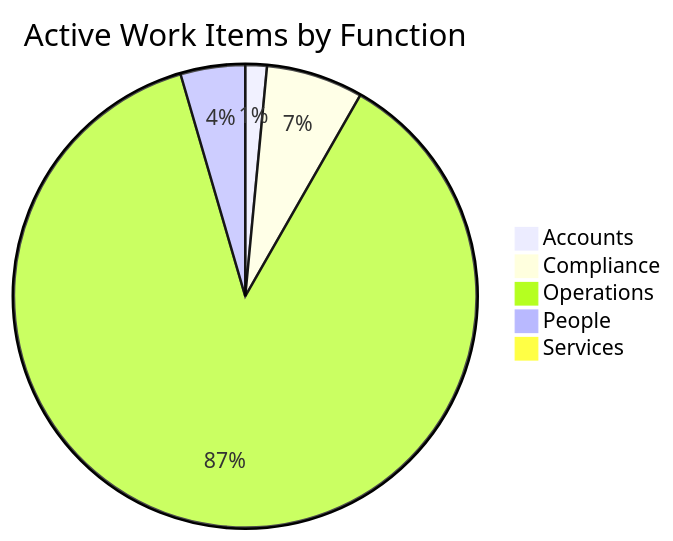
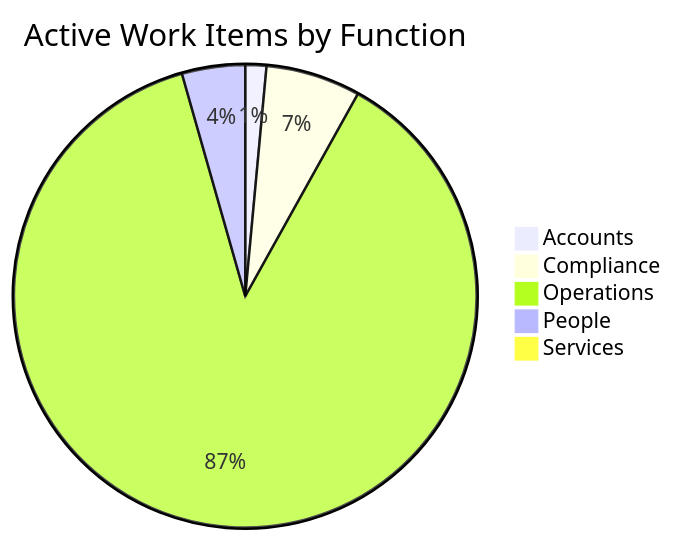
The first of 3 diagrams in dashboard.md (mgosal/5et.uk), drawn with Mermaid before and after one commit. The commit also changed other lines of this file and 3 other files, not shown here.

````diff
--- a/dashboard.md
+++ b/dashboard.md
@@ -276,8 +191,8 @@
 ```mermaid
 pie title Active Work Items by Function
     "Accounts" : 2
     "Compliance" : 9
-    "Operations" : 116
+    "Operations" : 119
     "People" : 6
     "Services" : 1
 ```
````
